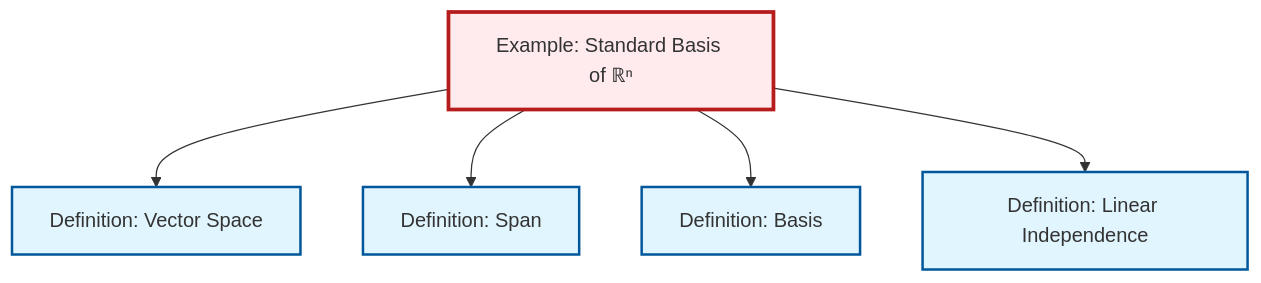
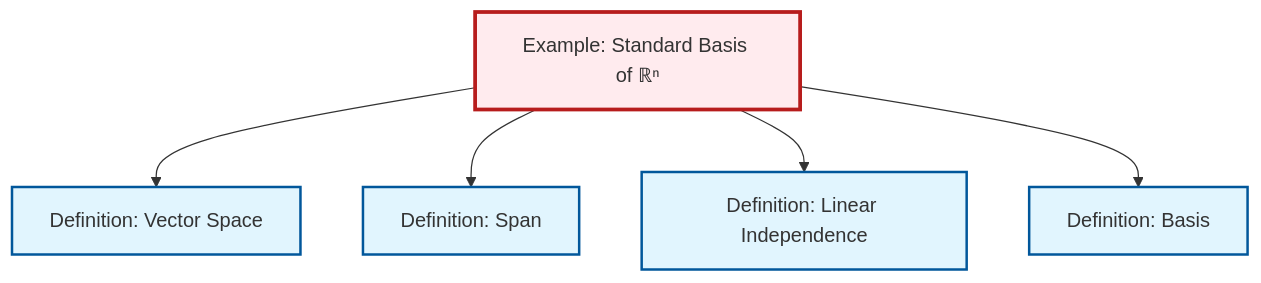
Before and after one commit to RK0429/ModernMath: the diagram in content/ja/algebra/ex-standard-basis-rn.qmd, drawn with Mermaid. The commit also changed other lines of this file and 654 other files, not shown here.

````diff
--- a/content/ja/algebra/ex-standard-basis-rn.qmd
+++ b/content/ja/algebra/ex-standard-basis-rn.qmd
@@ -63,23 +63,23 @@
 ```{mermaid}
 %%| fig-cap: "Local dependency graph"
 graph TD
     classDef definition fill:#e1f5fe,stroke:#01579b,stroke-width:2px
     classDef theorem fill:#f3e5f5,stroke:#4a148c,stroke-width:2px
     classDef axiom fill:#fff3e0,stroke:#e65100,stroke-width:2px
     classDef example fill:#e8f5e9,stroke:#1b5e20,stroke-width:2px
     classDef current fill:#ffebee,stroke:#b71c1c,stroke-width:3px
     ex-standard-basis-rn["Example: Standard Basis of ℝⁿ"]:::example
+    def-span["Definition: Span"]:::definition
     def-basis["Definition: Basis"]:::definition
+    def-linear-independence["Definition: Linear Independence"]:::definition
     def-vector-space["Definition: Vector Space"]:::definition
-    def-linear-independence["Definition: Linear Independence"]:::definition
-    def-span["Definition: Span"]:::definition
     ex-standard-basis-rn --> def-vector-space
     ex-standard-basis-rn --> def-span
+    ex-standard-basis-rn --> def-linear-independence
     ex-standard-basis-rn --> def-basis
-    ex-standard-basis-rn --> def-linear-independence
     class ex-standard-basis-rn current
+    click def-span "def-span.html" "Definition: Spanへ"
     click def-basis "def-basis.html" "Definition: Basisへ"
+    click def-linear-independence "def-linear-independence.html" "Definition: Linear Independenceへ"
     click def-vector-space "def-vector-space.html" "Definition: Vector Spaceへ"
-    click def-linear-independence "def-linear-independence.html" "Definition: Linear Independenceへ"
-    click def-span "def-span.html" "Definition: Spanへ"
 ```
````
